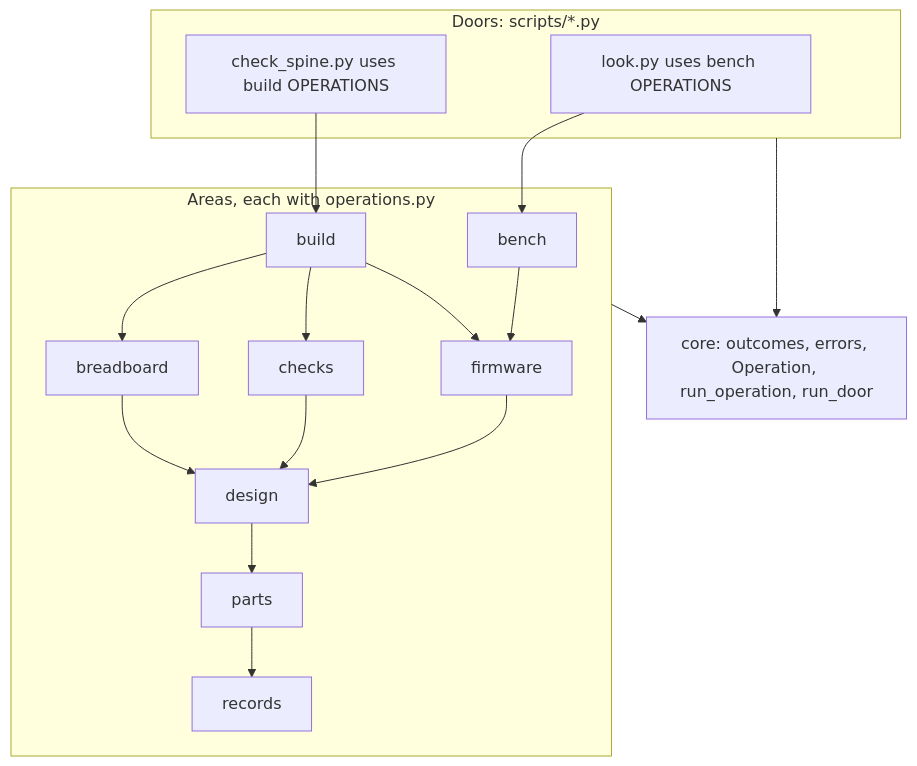
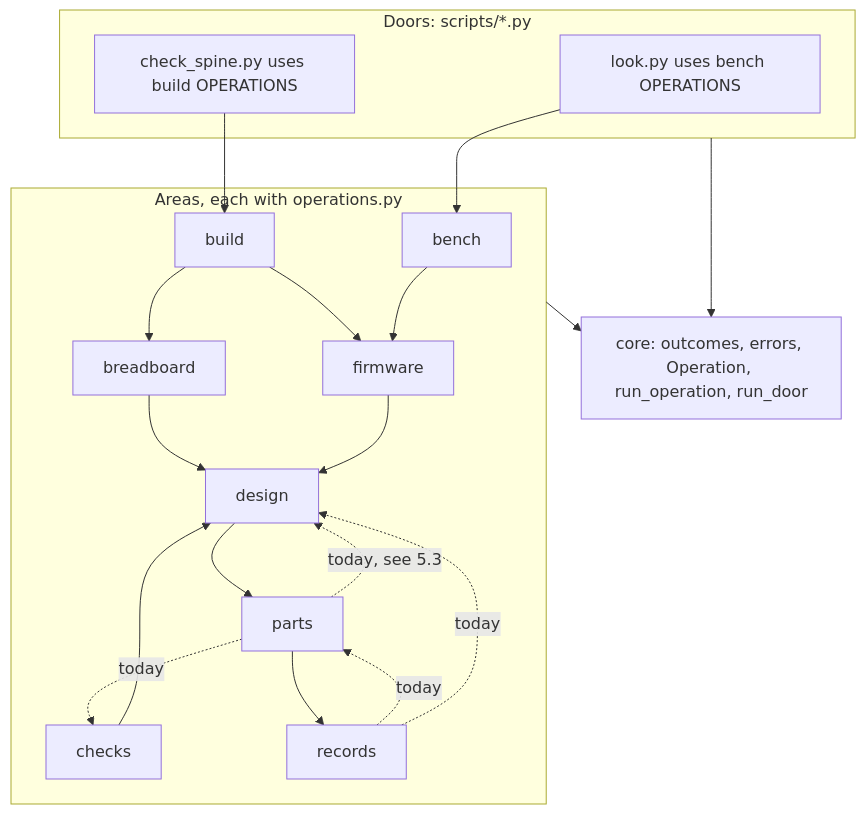
Before and after one commit to xmejkal/spark: the first of 3 diagrams in docs/discovery/2026-10-19-p323-target-architecture/design.md, drawn with Mermaid. The commit also changed other lines of this file and 1 other file, not shown here.

First line of the commit message:
P323: refuter round 2's nine fixes (area graph from real imports, platform key, no_board, run_door collaborators, goldens, terms)

````diff
--- a/docs/discovery/2026-10-19-p323-target-architecture/design.md
+++ b/docs/discovery/2026-10-19-p323-target-architecture/design.md
@@ -95,23 +103,26 @@
 ```mermaid
 flowchart TB
   subgraph Doors["Doors: scripts/*.py"]
     D1["look.py uses bench OPERATIONS"]
     D2["check_spine.py uses build OPERATIONS"]
   end
   subgraph Areas["Areas, each with operations.py"]
     BUILD[build] --> BB[breadboard]
-    BUILD --> CHK[checks]
     BUILD --> FW[firmware]
     BENCH[bench] --> FW
     BB --> DES[design]
-    CHK --> DES
+    CHK[checks] --> DES
     FW --> DES
     DES --> PARTS[parts]
     PARTS --> REC[records]
+    PARTS -. "today, see 5.3" .-> DES
+    PARTS -. "today" .-> CHK
+    REC -. "today" .-> PARTS
+    REC -. "today" .-> DES
   end
   CORE["core: outcomes, errors, Operation, run_operation, run_door"]
   D1 --> BENCH
   D2 --> BUILD
   Doors --> CORE
   Areas --> CORE
 ```
````
